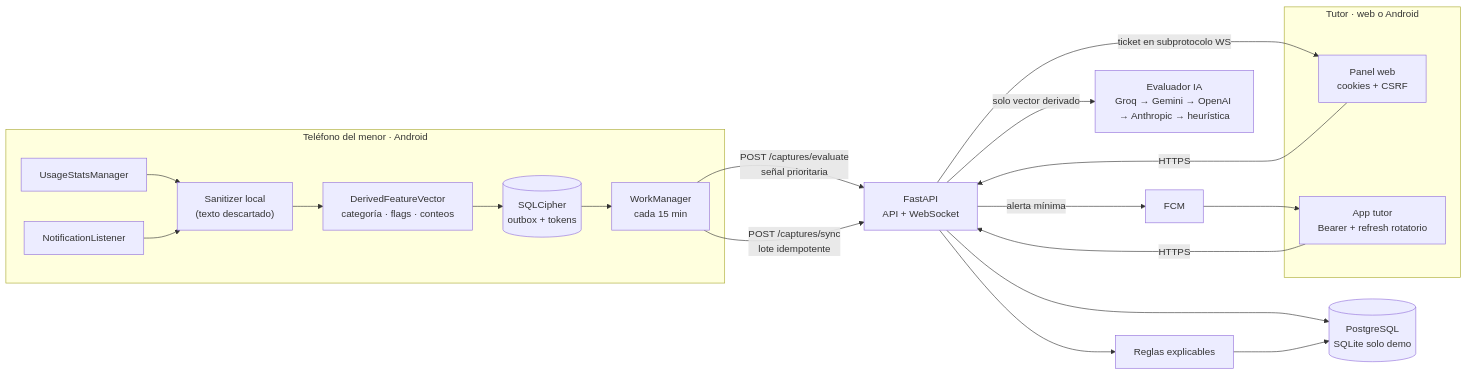
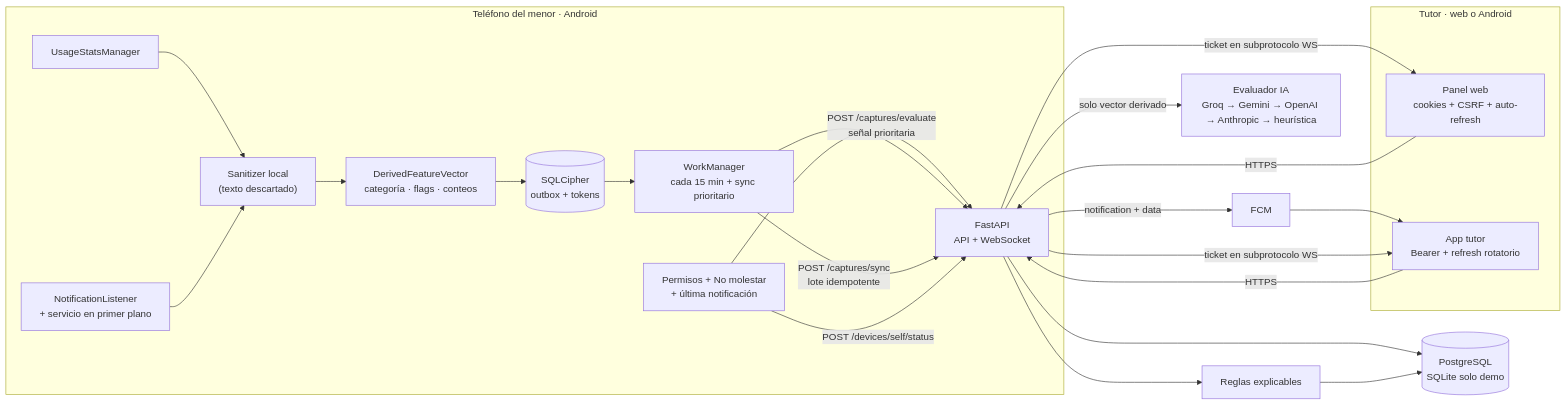
Before and after one commit to roninwuajkja/guardiania: the diagram in README.md, drawn with Mermaid. The commit also changed other lines of this file and 20 other files, not shown here.

````diff
--- a/README.md
+++ b/README.md
@@ -24,27 +37,30 @@
 ```mermaid
 flowchart LR
   subgraph Phone["Teléfono del menor · Android"]
     U["UsageStatsManager"] --> S["Sanitizer local\n(texto descartado)"]
-    N["NotificationListener"] --> S
+    N["NotificationListener\n+ servicio en primer plano"] --> S
     S --> F["DerivedFeatureVector\ncategoría · flags · conteos"]
     F --> Q[("SQLCipher\noutbox + tokens")]
-    Q --> W["WorkManager\ncada 15 min"]
+    Q --> W["WorkManager\ncada 15 min + sync prioritario"]
+    P["Permisos + No molestar\n+ última notificación"] --> API
   end
 
   subgraph Tutor["Tutor · web o Android"]
-    WEB["Panel web\ncookies + CSRF"]
+    WEB["Panel web\ncookies + CSRF + auto-refresh"]
     APP["App tutor\nBearer + refresh rotatorio"]
   end
 
   W -->|"POST /captures/evaluate\nseñal prioritaria"| API["FastAPI\nAPI + WebSocket"]
   W -->|"POST /captures/sync\nlote idempotente"| API
+  P -->|"POST /devices/self/status"| API
   WEB -->|"HTTPS"| API
   APP -->|"HTTPS"| API
   API --> DB[("PostgreSQL\nSQLite solo demo")]
   API --> R["Reglas explicables"]
   API -->|"solo vector derivado"| IA["Evaluador IA\nGroq → Gemini → OpenAI → Anthropic → heurística"]
   R --> DB
-  API -->|"alerta mínima"| FCM["FCM"]
+  API -->|"notification + data"| FCM["FCM"]
   FCM --> APP
   API -->|"ticket en subprotocolo WS"| WEB
+  API -->|"ticket en subprotocolo WS"| APP
 ```
````
